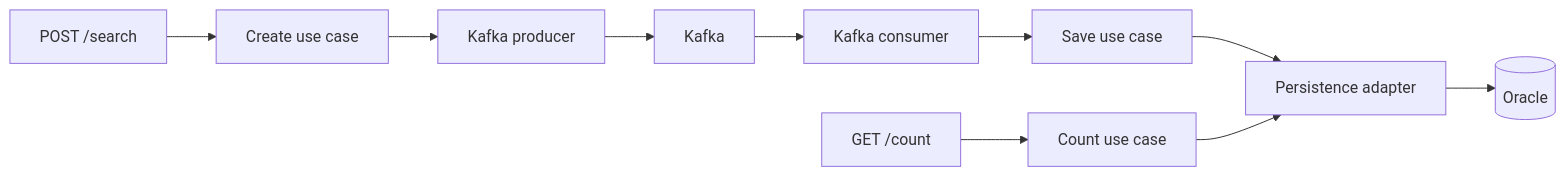
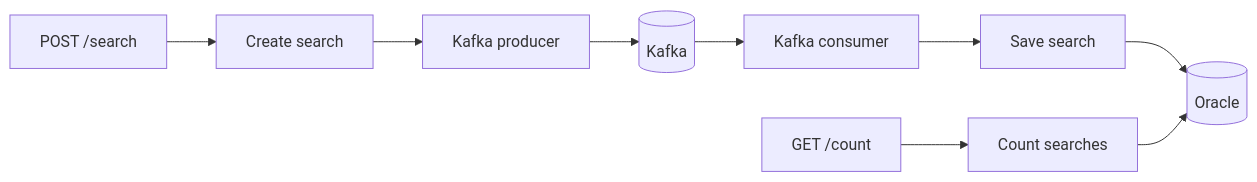
Before and after one commit to giulianotrincavelli/hotel-search-api: the diagram in docs/TECHNICAL.md, drawn with Mermaid. The commit also changed other lines of this file and 41 other files, not shown here.

Commit message:
Improve search persistence, validation and performance

````diff
--- a/docs/TECHNICAL.md
+++ b/docs/TECHNICAL.md
@@ -15,6 +7,6 @@
 ```mermaid
 flowchart LR
-    POST[POST /search] --> Create[Create use case] --> Producer[Kafka producer] --> Kafka[Kafka]
-    Kafka --> Consumer[Kafka consumer] --> Save[Save use case] --> Persistence[Persistence adapter] --> Oracle[(Oracle)]
-    GET[GET /count] --> Count[Count use case] --> Persistence
+    REST[POST /search] --> Create[Create search] --> Producer[Kafka producer]
+    Producer --> Kafka[(Kafka)] --> Consumer[Kafka consumer] --> Save[Save search] --> Oracle[(Oracle)]
+    GET[GET /count] --> Count[Count searches] --> Oracle
 ```
````
